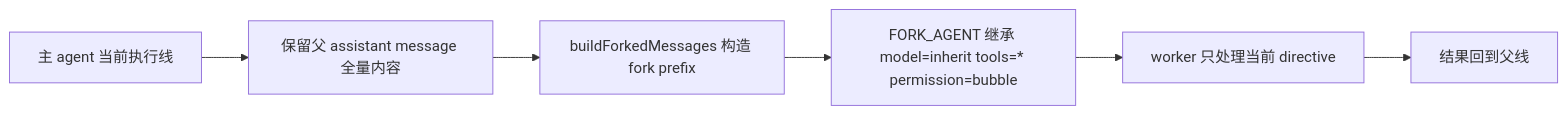
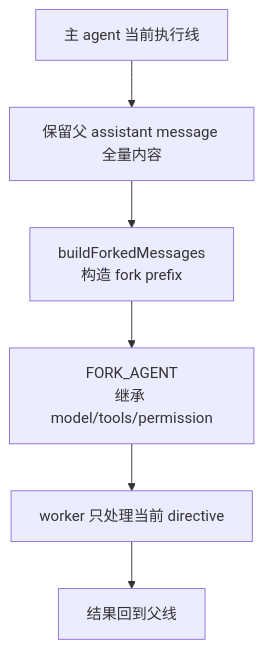
Before and after one commit to T0UGH/claude-code-source-guide: the diagram in docs/guidebookv2/volume-5/16-why-forksubagent-is-not-just-starting-another-agent.md, drawn with Mermaid. The commit also changed other lines of this file and 11 other files, not shown here.

````diff
--- a/docs/guidebookv2/volume-5/16-why-forksubagent-is-not-just-starting-another-agent.md
+++ b/docs/guidebookv2/volume-5/16-why-forksubagent-is-not-just-starting-another-agent.md
@@ -35,8 +50,10 @@
 ```mermaid
-flowchart LR
+flowchart TD
     A[主 agent 当前执行线] --> B[保留父 assistant message 全量内容]
-    B --> C[buildForkedMessages 构造 fork prefix]
-    C --> D[FORK_AGENT 继承 model=inherit tools=* permission=bubble]
+    B --> C[buildForkedMessages
+构造 fork prefix]
+    C --> D[FORK_AGENT
+继承 model/tools/permission]
     D --> E[worker 只处理当前 directive]
     E --> F[结果回到父线]
 ```
````
